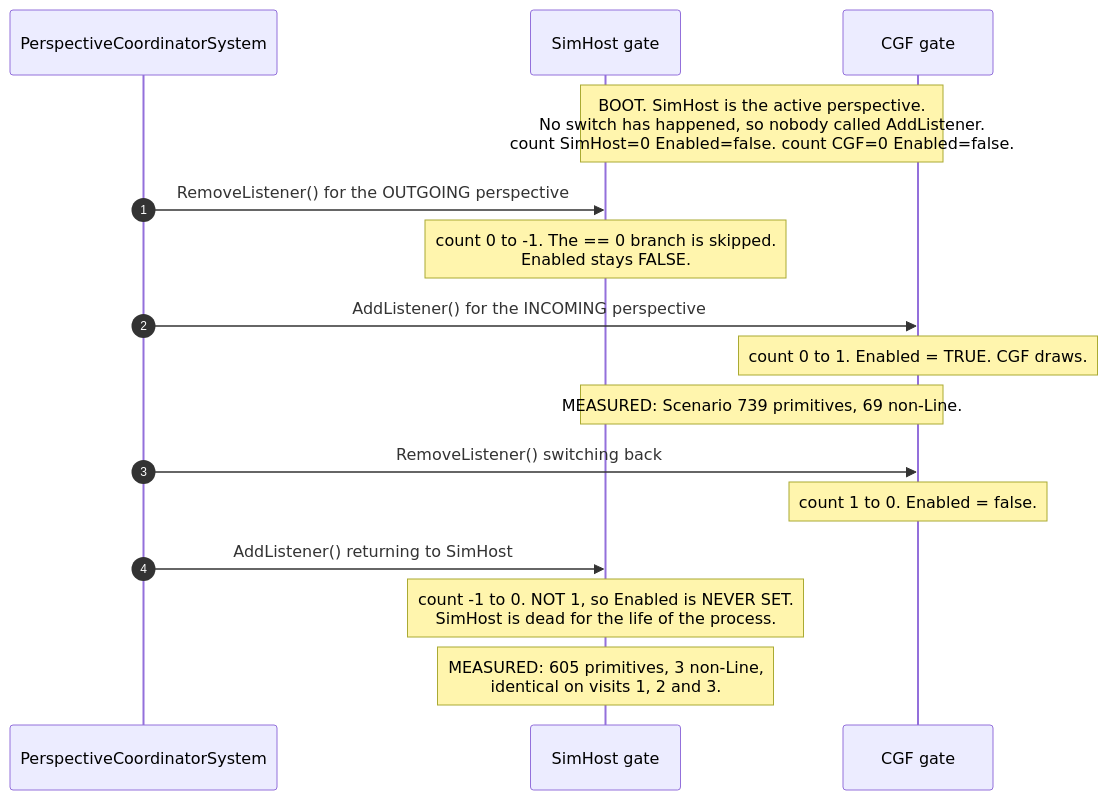
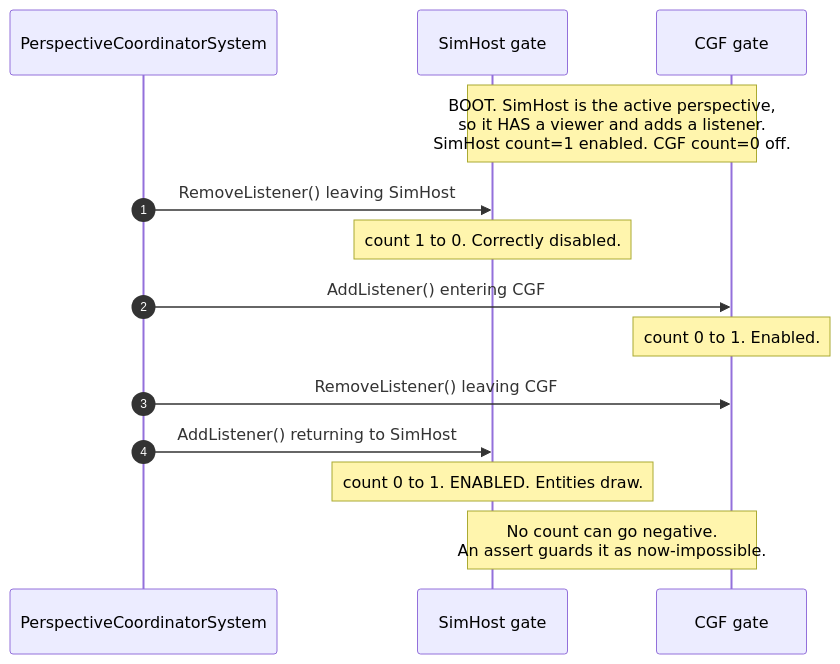
One commit to pjanec/HROT changed the third of 3 diagrams in docs/UX/UX_Feature_Map_Parity.md. Above: the diagram before and after it, drawn with Mermaid. The commit also changed other lines of this file and 1 other file, not shown here.

First line of the commit message:
Redraw the UML to the construct-vs-schedule split, per the user's ruling

````diff
--- a/docs/UX/UX_Feature_Map_Parity.md
+++ b/docs/UX/UX_Feature_Map_Parity.md
@@ -564,19 +556,17 @@
 ```mermaid
 sequenceDiagram
     autonumber
     participant PC as PerspectiveCoordinatorSystem
     participant SG as SimHost gate
     participant CG as CGF gate
 
-    Note over SG,CG: BOOT. SimHost is the active perspective.<br/>No switch has happened, so nobody called AddListener.<br/>count SimHost=0 Enabled=false. count CGF=0 Enabled=false.
-    PC->>SG: RemoveListener() for the OUTGOING perspective
-    Note over SG: count 0 to -1. The == 0 branch is skipped.<br/>Enabled stays FALSE.
-    PC->>CG: AddListener() for the INCOMING perspective
-    Note over CG: count 0 to 1. Enabled = TRUE. CGF draws.
-    Note over SG,CG: MEASURED: Scenario 739 primitives, 69 non-Line.
-    PC->>CG: RemoveListener() switching back
-    Note over CG: count 1 to 0. Enabled = false.
+    Note over SG,CG: BOOT. SimHost is the active perspective,<br/>so it HAS a viewer and adds a listener.<br/>SimHost count=1 enabled. CGF count=0 off.
+    PC->>SG: RemoveListener() leaving SimHost
+    Note over SG: count 1 to 0. Correctly disabled.
+    PC->>CG: AddListener() entering CGF
+    Note over CG: count 0 to 1. Enabled.
+    PC->>CG: RemoveListener() leaving CGF
     PC->>SG: AddListener() returning to SimHost
-    Note over SG: count -1 to 0. NOT 1, so Enabled is NEVER SET.<br/>SimHost is dead for the life of the process.
-    Note over SG: MEASURED: 605 primitives, 3 non-Line,<br/>identical on visits 1, 2 and 3.
+    Note over SG: count 0 to 1. ENABLED. Entities draw.
+    Note over SG,CG: No count can go negative.<br/>An assert guards it as now-impossible.
 ```
````
